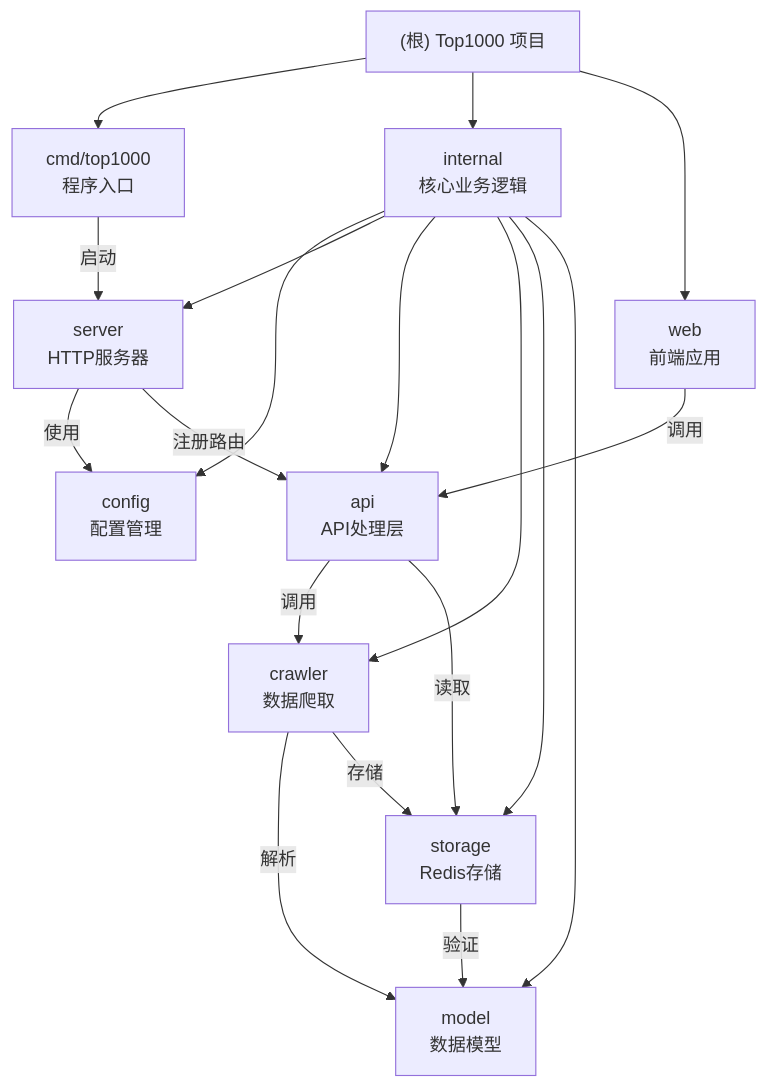
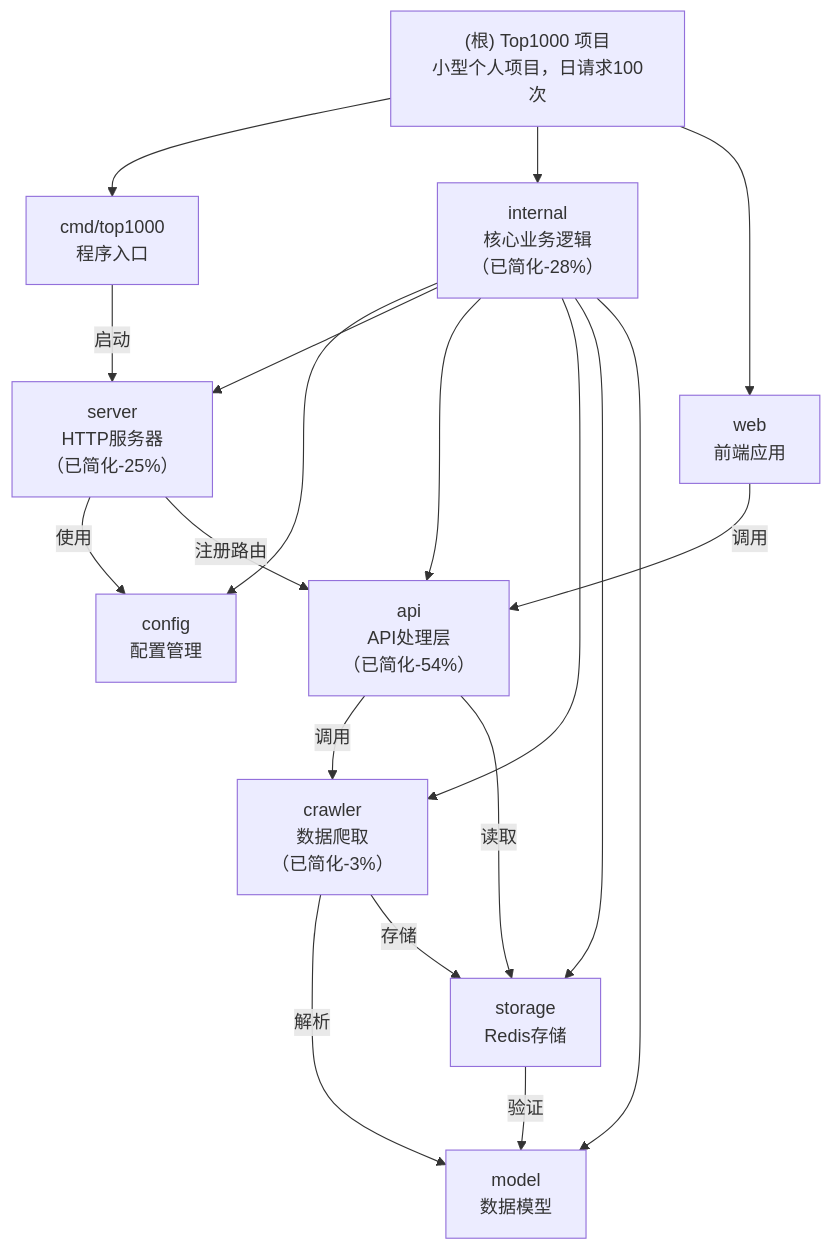
The diagram in CLAUDE.md (782042369/top1000), drawn with Mermaid before and after one commit. The commit also changed other lines of this file and 5 other files, not shown here.

````diff
--- a/CLAUDE.md
+++ b/CLAUDE.md
@@ -551,33 +135,33 @@
 ```mermaid
 graph TD
-    Root["(根) Top1000 项目"] --> CMD["cmd/top1000<br/>程序入口"]
-    Root --> Internal["internal<br/>核心业务逻辑"]
+    Root["(根) Top1000 项目<br/>小型个人项目，日请求100次"] --> CMD["cmd/top1000<br/>程序入口"]
+    Root --> Internal["internal<br/>核心业务逻辑<br/>（已简化-28%）"]
     Root --> Web["web<br/>前端应用"]
 
     Internal --> Config["config<br/>配置管理"]
-    Internal --> Server["server<br/>HTTP服务器"]
-    Internal --> API["api<br/>API处理层"]
-    Internal --> Crawler["crawler<br/>数据爬取"]
+    Internal --> Server["server<br/>HTTP服务器<br/>（已简化-25%）"]
+    Internal --> API["api<br/>API处理层<br/>（已简化-54%）"]
+    Internal --> Crawler["crawler<br/>数据爬取<br/>（已简化-3%）"]
     Internal --> Storage["storage<br/>Redis存储"]
     Internal --> Model["model<br/>数据模型"]
 
     CMD -->|启动| Server
     Server -->|使用| Config
     Server -->|注册路由| API
     API -->|调用| Crawler
     API -->|读取| Storage
     Crawler -->|解析| Model
     Crawler -->|存储| Storage
     Storage -->|验证| Model
 
     Web -->|调用| API
 
     click CMD "cmd/top1000/CLAUDE.md" "查看程序入口文档"
     click Config "internal/config/CLAUDE.md" "查看配置管理文档"
     click Server "internal/server/CLAUDE.md" "查看服务器文档"
     click API "internal/api/CLAUDE.md" "查看API层文档"
     click Crawler "internal/crawler/CLAUDE.md" "查看爬虫文档"
     click Storage "internal/storage/CLAUDE.md" "查看存储层文档"
     click Model "internal/model/CLAUDE.md" "查看数据模型文档"
     click Web "web/CLAUDE.md" "查看前端文档"
 ```
````
